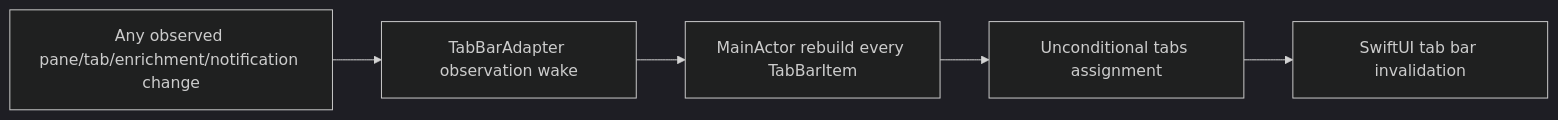
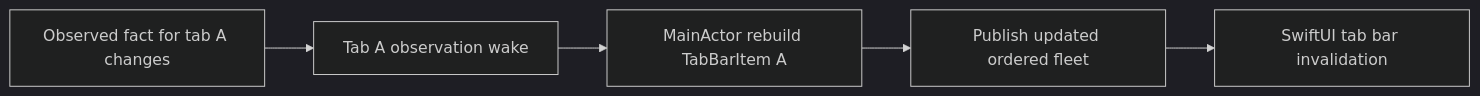
One commit to ShravanSunder/agentstudio changed the first of 4 diagrams in docs/specs/2026-07-31-reactive-state-system/2026-07-31-off-main-materialization-and-lifecycle-program-design.md. Above: the diagram before and after it, drawn with Mermaid (dark theme). The commit also changed other lines of this file and 10 other files, not shown here.

Commit message:
fix: complete keyed eager tab bar lifecycle

````diff
--- a/docs/specs/2026-07-31-reactive-state-system/2026-07-31-off-main-materialization-and-lifecycle-program-design.md
+++ b/docs/specs/2026-07-31-reactive-state-system/2026-07-31-off-main-materialization-and-lifecycle-program-design.md
@@ -137,10 +148,10 @@
 ```mermaid
 flowchart LR
-    Mutation["Any observed pane/tab/enrichment/notification change"]
-    Wake["TabBarAdapter observation wake"]
-    Build["MainActor rebuild every TabBarItem"]
-    Assign["Unconditional tabs assignment"]
+    Mutation["Observed fact for tab A changes"]
+    Wake["Tab A observation wake"]
+    Build["MainActor rebuild TabBarItem A"]
+    Assign["Publish updated ordered fleet"]
     UI["SwiftUI tab bar invalidation"]
 
     Mutation --> Wake --> Build --> Assign --> UI
 ```
````
